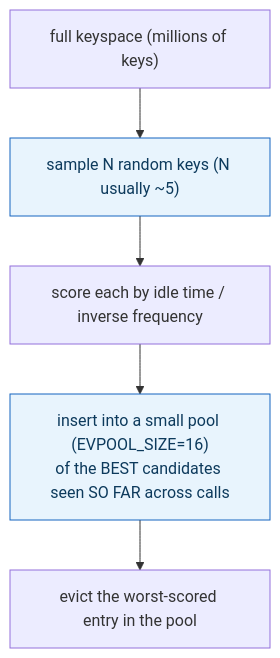
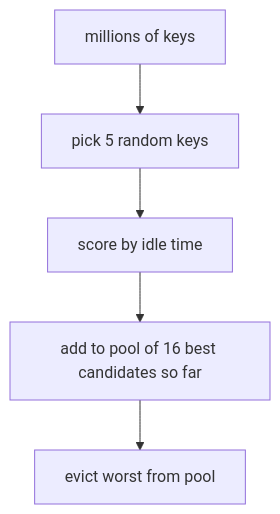
The second of 4 diagrams in _posts/2025-12-05-caching-strategies-ttl-and-eviction.md (mayurjp/dev-blog), drawn with Mermaid before and after one commit. The commit also changed other lines of this file and 383 other files, not shown here.

````diff
--- a/_posts/2025-12-05-caching-strategies-ttl-and-eviction.md
+++ b/_posts/2025-12-05-caching-strategies-ttl-and-eviction.md
@@ -95,13 +116,9 @@
 ```mermaid
 flowchart TD
-    KEYS["full keyspace (millions of keys)"]
-    SAMPLE["sample N random keys (N usually ~5)"]
-    SCORE["score each by idle time / inverse frequency"]
-    POOL["insert into a small pool (EVPOOL_SIZE=16)<br/>of the BEST candidates seen SO FAR across calls"]
-    EVICT["evict the worst-scored entry in the pool"]
-
+    KEYS["millions of keys"]
+    SAMPLE["pick 5 random keys"]
+    SCORE["score by idle time"]
+    POOL["add to pool of 16 best candidates so far"]
+    EVICT["evict worst from pool"]
     KEYS --> SAMPLE --> SCORE --> POOL --> EVICT
-
-    classDef sample fill:#e8f4fd,stroke:#1565c0,color:#0d3a5c;
-    class SAMPLE,POOL sample;
 ```
````
